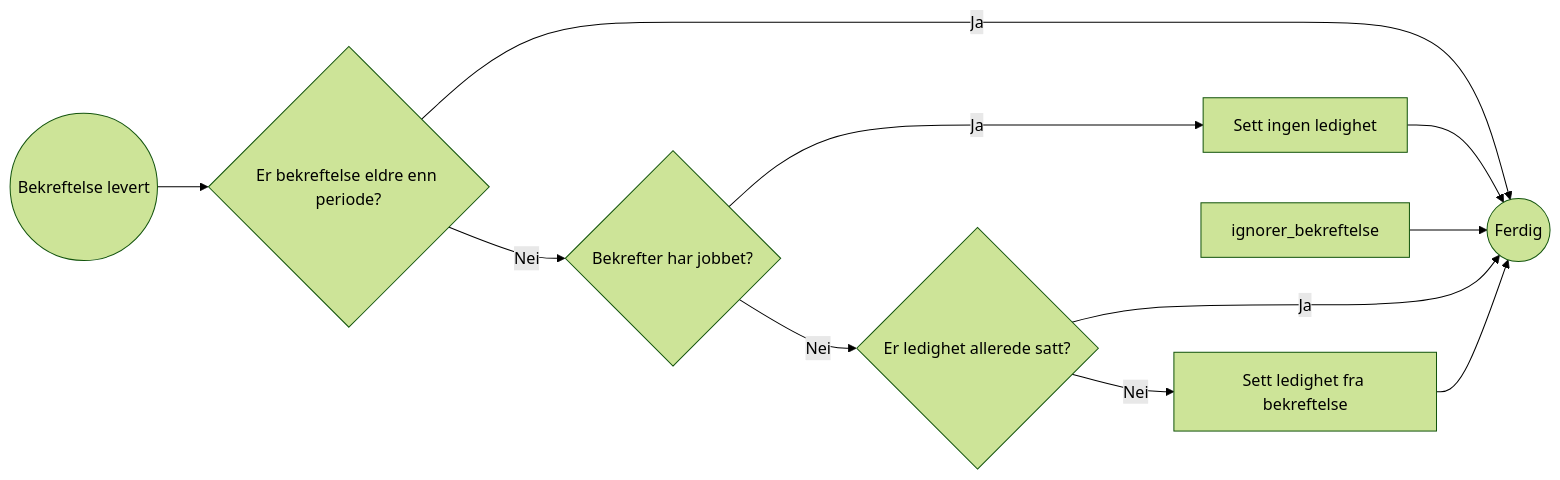
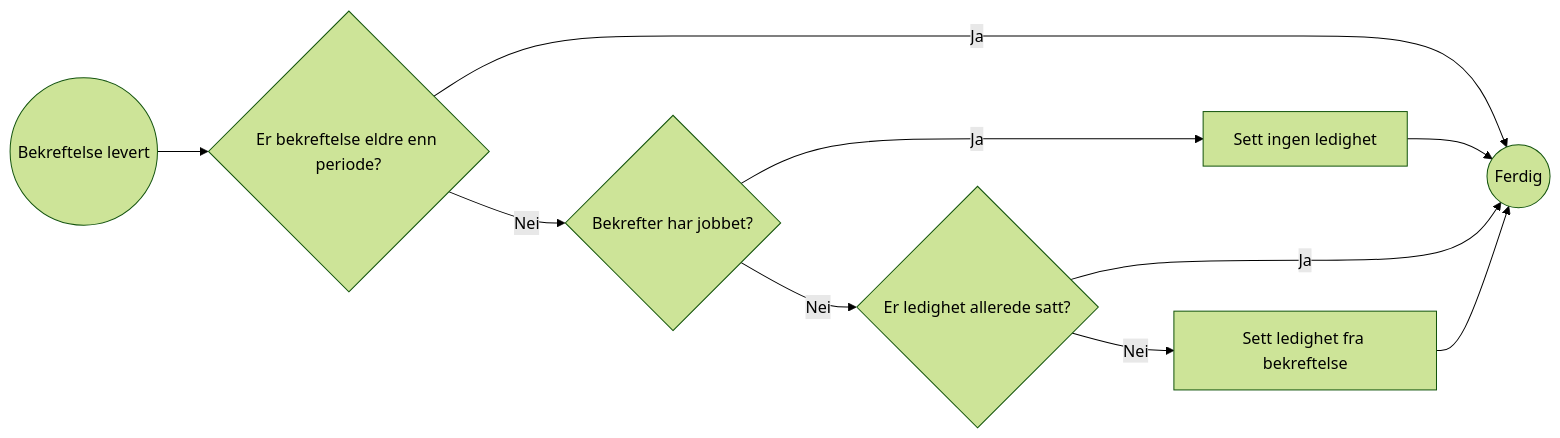
One commit to navikt/paw-rust-monorepo changed the second of 5 diagrams in app/kartlegging-api/README.md. Above: the diagram before and after it, drawn with Mermaid (forest theme). The commit also changed 11 other files, not shown here.

````diff
--- a/app/kartlegging-api/README.md
+++ b/app/kartlegging-api/README.md
@@ -38,13 +38,12 @@
 ```mermaid
 graph LR
     bekreftelse_levert((Bekreftelse levert)) --> er_bekreftelse_eldre_enn_periode{Er bekreftelse eldre enn periode?}
     er_bekreftelse_eldre_enn_periode -->|Ja| ferdig((Ferdig))
     er_bekreftelse_eldre_enn_periode -->|Nei| bekrefter_har_jobbet{Bekrefter har jobbet?}
     bekrefter_har_jobbet -->|Ja| ingen_ledighet[Sett ingen ledighet]
     bekrefter_har_jobbet -->|Nei| er_ledighet_satt{Er ledighet allerede satt?}
     er_ledighet_satt -->|Ja| ferdig
     er_ledighet_satt -->|Nei| ledighet_fra_bekreftelse[Sett ledighet fra bekreftelse]
-    ignorer_bekreftelse --> ferdig
     ingen_ledighet --> ferdig
     ledighet_fra_bekreftelse --> ferdig
 ```
````
